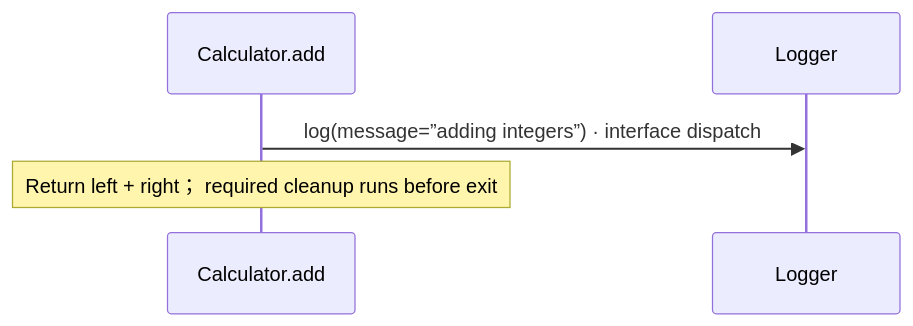
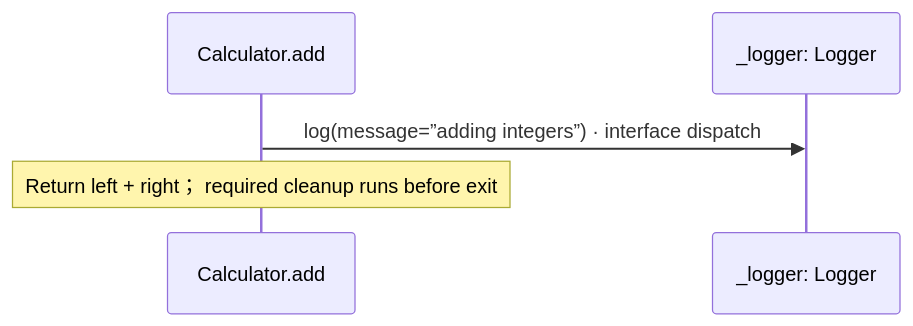
The third of 4 diagrams in docs/examples/developer-workflow/calculator-diagrams.md (GreenPandaStudios/augscript), drawn with Mermaid before and after one commit. The commit also changed 102 other files, not shown here.

Commit message:
Keep named service receivers distinct in sequence data flow

````diff
--- a/docs/examples/developer-workflow/calculator-diagrams.md
+++ b/docs/examples/developer-workflow/calculator-diagrams.md
@@ -78,7 +78,7 @@
 ```mermaid
 sequenceDiagram
     participant p0 as Calculator.add
-    participant p1 as Logger
+    participant p1 as _logger: Logger
     p0->>p1: log(message=”adding integers”) · interface dispatch
     Note over p0: Return left + right； required cleanup runs before exit
 ```
````
